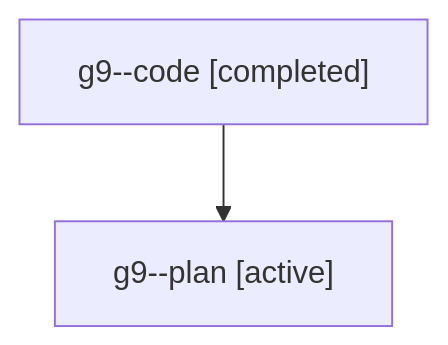
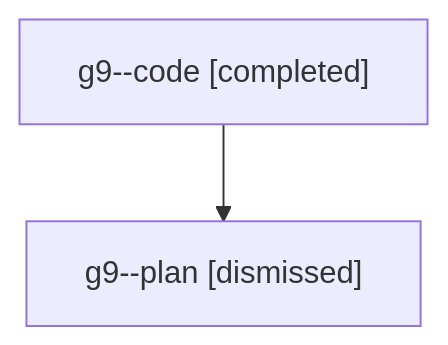
One commit to sase-org/sase--agents changed the diagram in sessions/bbugyi200.athena.g9.md. Above: the diagram before and after it, drawn with Mermaid. The commit also changed other lines of this file and 36 other files, not shown here.

````diff
--- a/sessions/bbugyi200.athena.g9.md
+++ b/sessions/bbugyi200.athena.g9.md
@@ -9,6 +9,6 @@
 ```mermaid
 flowchart TD
   n0["g9--code [completed]"]
-  n1["g9--plan [active]"]
+  n1["g9--plan [dismissed]"]
   n0 --> n1
 ```
````
